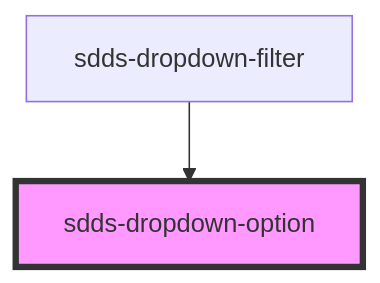
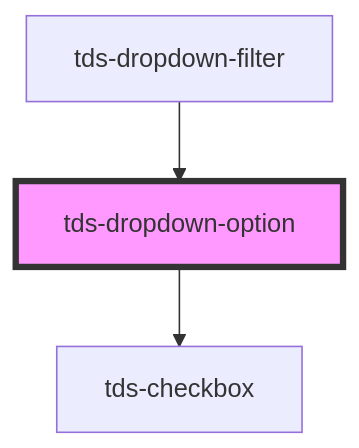
The diagram in core/src/components/dropdown/dropdown-option/readme.md (scania-digital-design-system/tegel), drawn with Mermaid before and after one commit. The commit also changed other lines of this file and 11 other files, not shown here.

````diff
--- a/core/src/components/dropdown/dropdown-option/readme.md
+++ b/core/src/components/dropdown/dropdown-option/readme.md
@@ -24,5 +28,6 @@
 ```mermaid
 graph TD;
-  sdds-dropdown-filter --> sdds-dropdown-option
-  style sdds-dropdown-option fill:#f9f,stroke:#333,stroke-width:4px
+  tds-dropdown-option --> tds-checkbox
+  tds-dropdown-filter --> tds-dropdown-option
+  style tds-dropdown-option fill:#f9f,stroke:#333,stroke-width:4px
 ```
````
